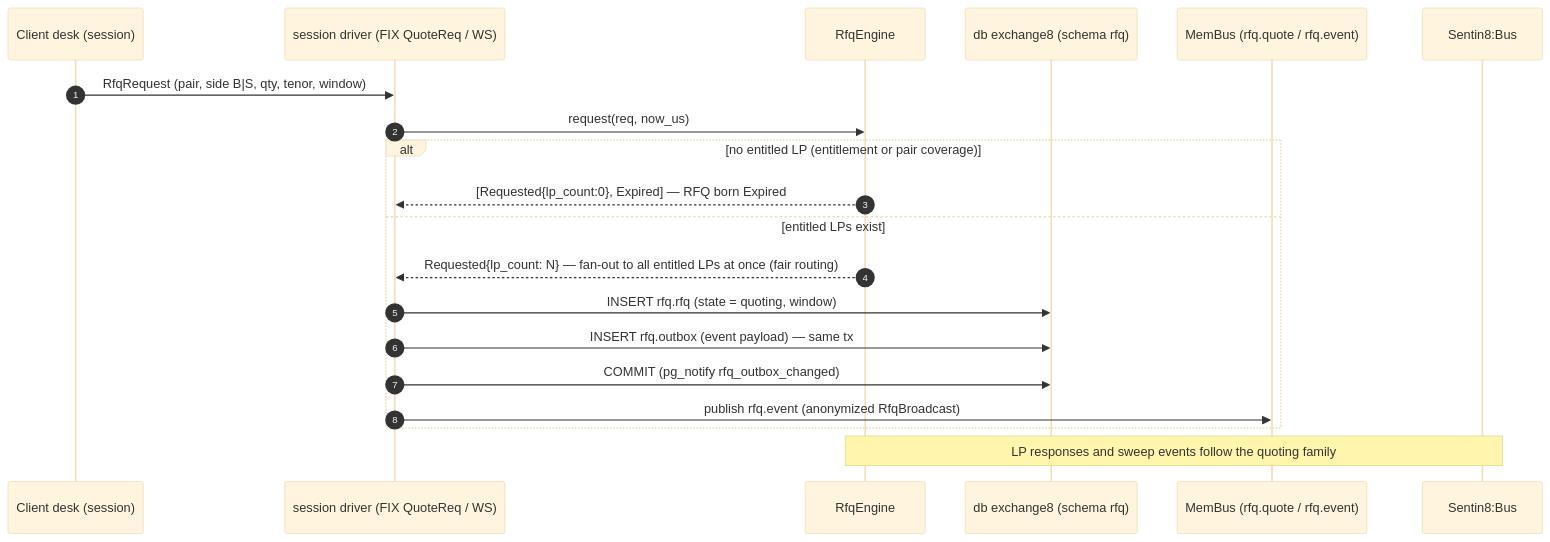
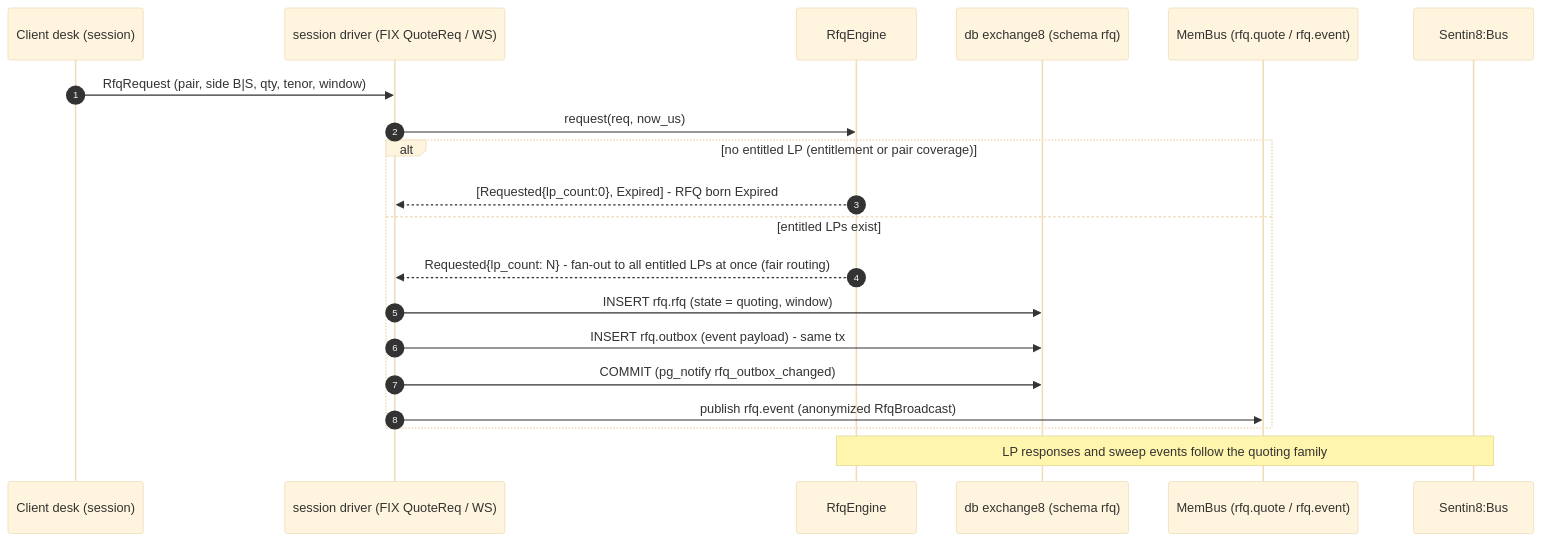
The fourth of 16 diagrams in docs/products/rfq/design.md (Exchange8-dev/exchange8-site), drawn with Mermaid (base theme) before and after one commit. The commit also changed other lines of this file and 72 other files, not shown here.

````diff
--- a/docs/products/rfq/design.md
+++ b/docs/products/rfq/design.md
@@ -165,23 +165,23 @@
 ```mermaid
 sequenceDiagram
     autonumber
     participant C as Client desk (session)
     participant S as session driver (FIX QuoteReq / WS)
     participant E as RfqEngine
     participant DB as db exchange8 (schema rfq)
     participant M as MemBus (rfq.quote / rfq.event)
     participant B as Sentin8:Bus
 
     C->>S: RfqRequest (pair, side B|S, qty, tenor, window)
     S->>E: request(req, now_us)
     alt no entitled LP (entitlement or pair coverage)
-        E-->>S: [Requested{lp_count:0}, Expired] — RFQ born Expired
+        E-->>S: [Requested{lp_count:0}, Expired] - RFQ born Expired
     else entitled LPs exist
-        E-->>S: Requested{lp_count: N} — fan-out to all entitled LPs at once (fair routing)
+        E-->>S: Requested{lp_count: N} - fan-out to all entitled LPs at once (fair routing)
         S->>DB: INSERT rfq.rfq (state = quoting, window)
-        S->>DB: INSERT rfq.outbox (event payload) — same tx
+        S->>DB: INSERT rfq.outbox (event payload) - same tx
         S->>DB: COMMIT (pg_notify rfq_outbox_changed)
         S->>M: publish rfq.event (anonymized RfqBroadcast)
     end
     Note over E,B: LP responses and sweep events follow the quoting family
 ```
````
